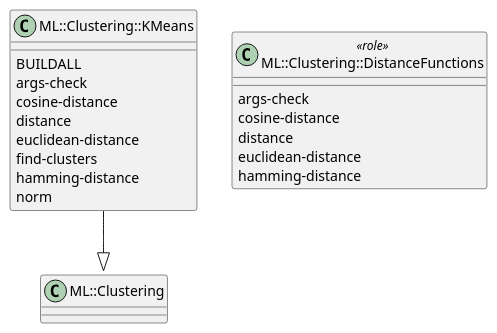
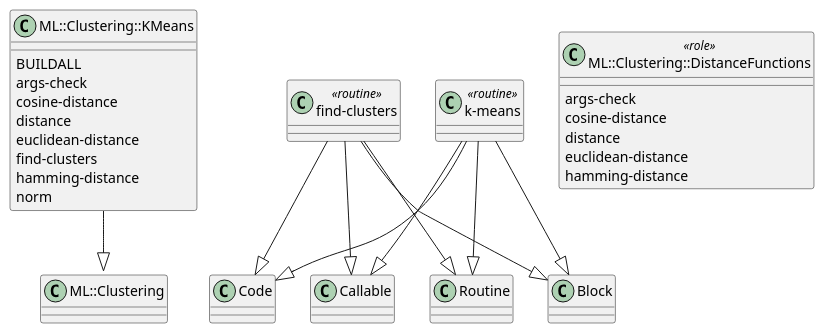
The diagram in resources/class-diagram.puml (antononcube/Raku-ML-Clustering), drawn with PlantUML before and after one commit. The commit also changed 1 other file, not shown here.

Commit message:
docs:Updated diagrams.

```diff
--- a/resources/class-diagram.puml
+++ b/resources/class-diagram.puml
@@ -1,24 +1,40 @@
 @startuml
 class ML::Clustering::KMeans  {
   {method} BUILDALL
   {method} args-check
   {method} cosine-distance
   {method} distance
   {method} euclidean-distance
   {method} find-clusters
   {method} hamming-distance
   {method} norm
 }
 ML::Clustering::KMeans --|> ML::Clustering::DistanceFunctions
 
 
+class "find-clusters" <<routine>> {
+}
+"find-clusters" --|> Routine
+"find-clusters" --|> Block
+"find-clusters" --|> Code
+"find-clusters" --|> Callable
+
+
 class ML::Clustering::DistanceFunctions <<role>> {
   {method} args-check
   {method} cosine-distance
   {method} distance
   {method} euclidean-distance
   {method} hamming-distance
 }
 
 
+class "k-means" <<routine>> {
+}
+"k-means" --|> Routine
+"k-means" --|> Block
+"k-means" --|> Code
+"k-means" --|> Callable
+
+
 @enduml
```
